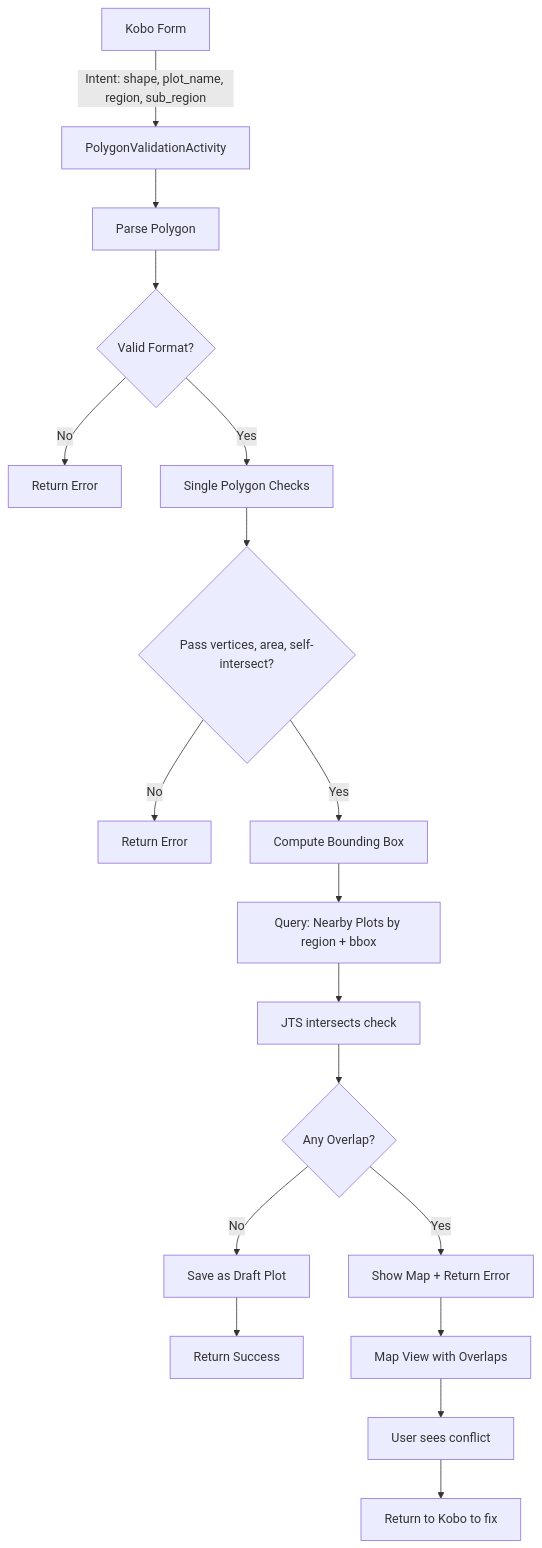
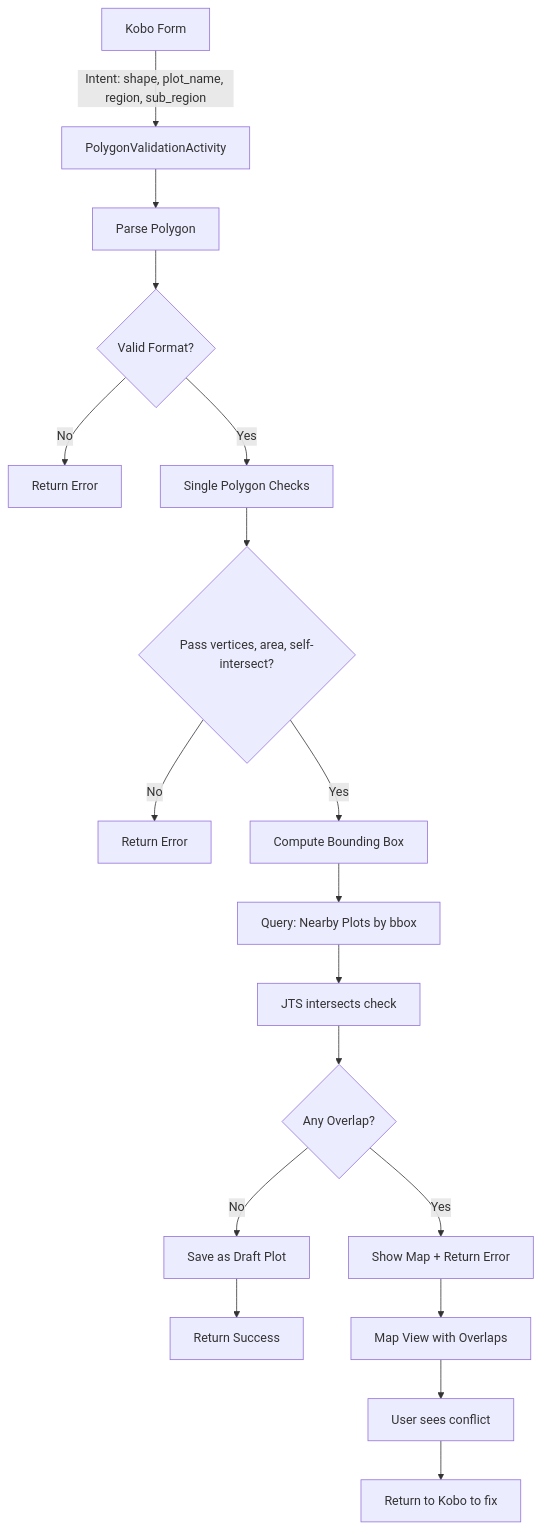
The second of 6 diagrams in docs/polygon-validation-implementation-plan.md (akvo/external-odk), drawn with Mermaid before and after one commit. The commit also changed other lines of this file and 8 other files, not shown here.

First line of the commit message:
[#13] fix: simplify overlap detection to use bbox only, remove region filter

````diff
--- a/docs/polygon-validation-implementation-plan.md
+++ b/docs/polygon-validation-implementation-plan.md
@@ -62,21 +62,21 @@
 ```mermaid
 flowchart TD
     A[Kobo Form] -->|Intent: shape, plot_name, region, sub_region| B[PolygonValidationActivity]
     B --> C[Parse Polygon]
     C --> D{Valid Format?}
     D -->|No| E[Return Error]
     D -->|Yes| F[Single Polygon Checks]
     F --> G{Pass vertices, area, self-intersect?}
     G -->|No| H[Return Error]
     G -->|Yes| I[Compute Bounding Box]
-    I --> J[Query: Nearby Plots by region + bbox]
+    I --> J[Query: Nearby Plots by bbox]
     J --> K[JTS intersects check]
     K --> L{Any Overlap?}
     L -->|Yes| M[Show Map + Return Error]
     L -->|No| N[Save as Draft Plot]
     N --> O[Return Success]
 
     M --> P[Map View with Overlaps]
     P --> Q[User sees conflict]
     Q --> R[Return to Kobo to fix]
 ```
````
